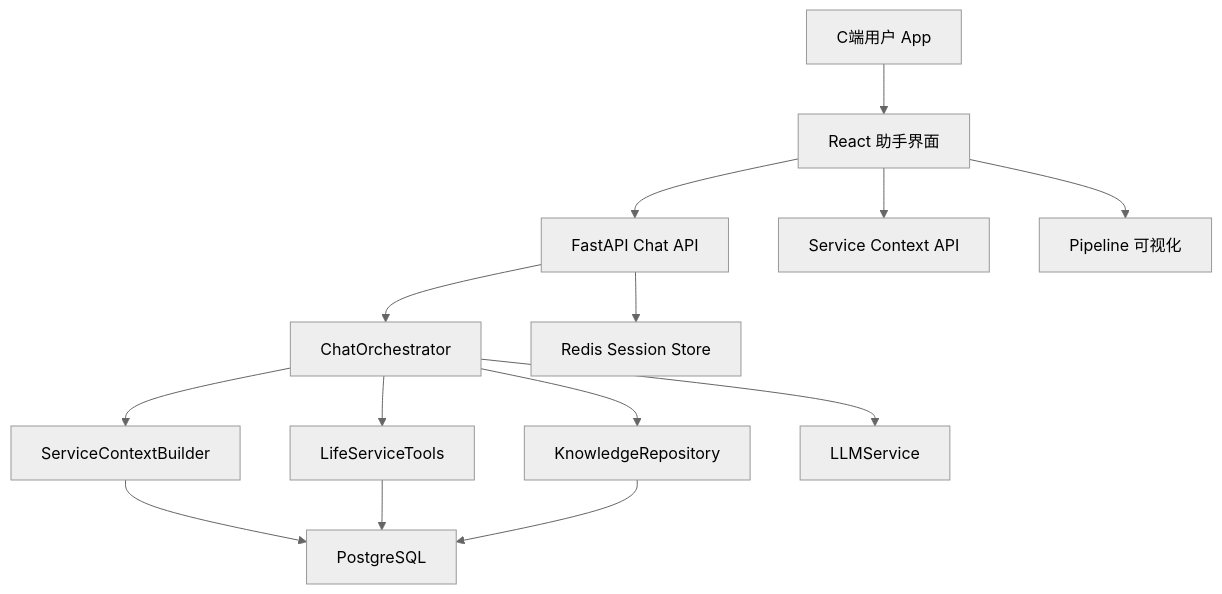
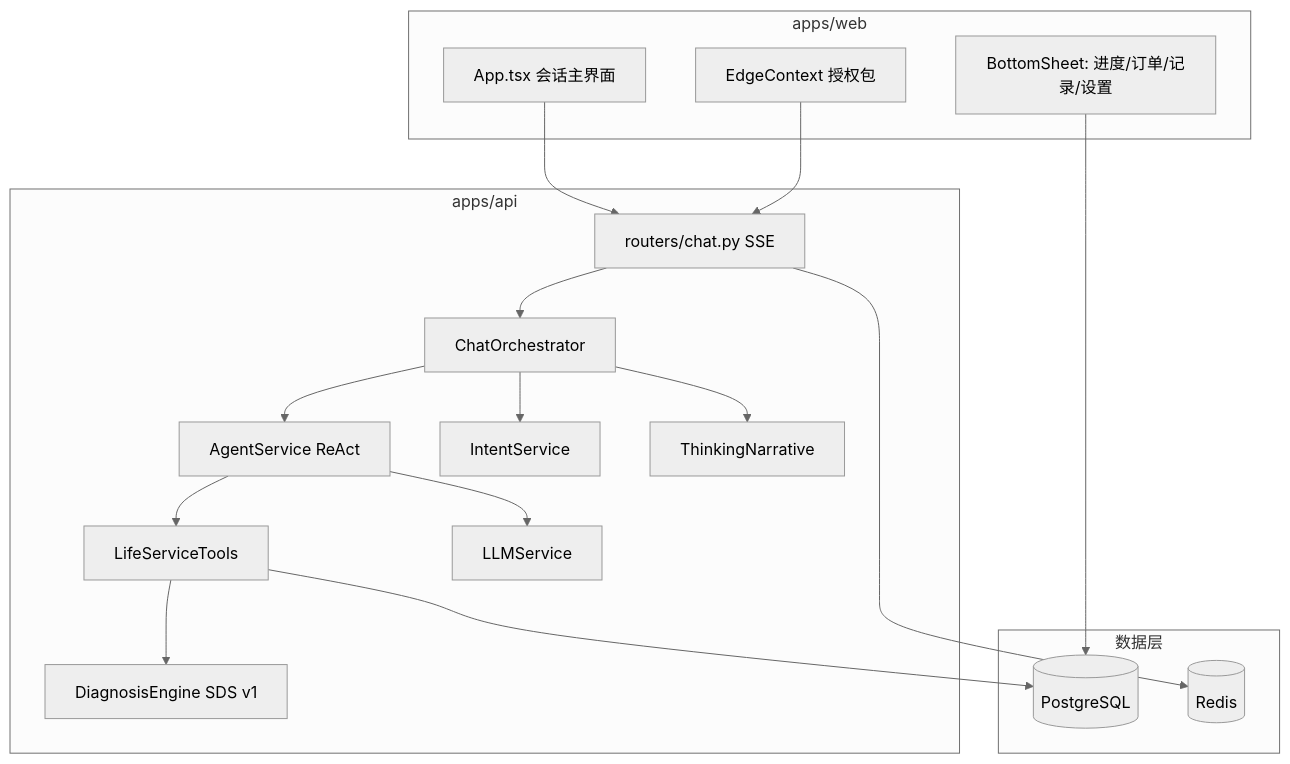
The first of 2 diagrams in docs/ARCHITECTURE.md (SheilahZ-2024/vibe_test), drawn with Mermaid (neutral theme) before and after one commit. The commit also changed other lines of this file and 16 other files, not shown here.

Commit message:
docs: add DEMO_GUIDE sample table; refresh architecture docs and seed v5

````diff
--- a/docs/ARCHITECTURE.md
+++ b/docs/ARCHITECTURE.md
@@ -9,16 +20,37 @@
 ```mermaid
 flowchart TB
-  userApp["C端用户 App"] --> webApp["React 助手界面"]
-  webApp --> chatApi["FastAPI Chat API"]
-  webApp --> contextApi["Service Context API"]
-  chatApi --> orchestrator["ChatOrchestrator"]
-  orchestrator --> contextBuilder["ServiceContextBuilder"]
-  orchestrator --> tools["LifeServiceTools"]
-  orchestrator --> knowledge["KnowledgeRepository"]
-  orchestrator --> llm["LLMService"]
-  contextBuilder --> postgres["PostgreSQL"]
-  tools --> postgres
-  knowledge --> postgres
-  chatApi --> redis["Redis Session Store"]
-  webApp --> pipeline["Pipeline 可视化"]
+  subgraph client ["apps/web"]
+    UI["App.tsx 会话主界面"]
+    Sheet["BottomSheet: 进度/订单/记录/设置"]
+    Edge["EdgeContext 授权包"]
+  end
+
+  subgraph api ["apps/api"]
+    Chat["routers/chat.py SSE"]
+    Orch["ChatOrchestrator"]
+    Agent["AgentService ReAct"]
+    Tools["LifeServiceTools"]
+    DX["DiagnosisEngine SDS v1"]
+    Intent["IntentService"]
+    Think["ThinkingNarrative"]
+    LLM["LLMService"]
+  end
+
+  subgraph data ["数据层"]
+    PG[("PostgreSQL")]
+    RD[("Redis")]
+  end
+
+  UI --> Chat
+  Edge --> Chat
+  Chat --> Orch
+  Orch --> Intent
+  Orch --> Agent
+  Agent --> Tools
+  Tools --> DX
+  Agent --> LLM
+  Orch --> Think
+  Tools --> PG
+  Chat --> RD
+  Sheet --> PG
 ```
````
